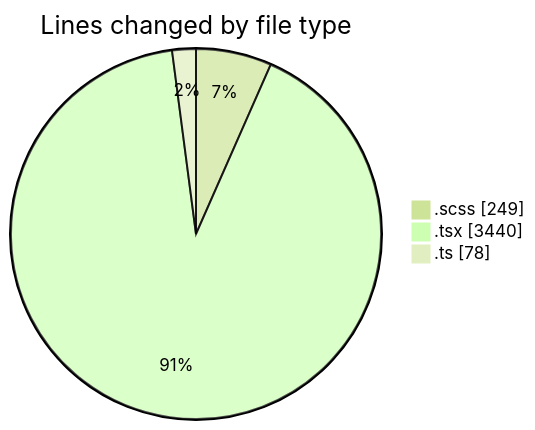
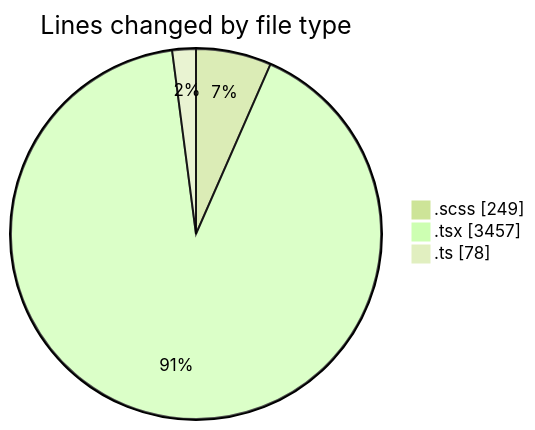
The first of 2 diagrams in 2025-09-26/cda/README.md (momahboobian/code-tracking), drawn with Mermaid (forest theme) before and after one commit. The commit also changed other lines of this file and 1 other file, not shown here.

````diff
--- a/2025-09-26/cda/README.md
+++ b/2025-09-26/cda/README.md
@@ -24,7 +24,7 @@
 ```mermaid
 pie showData
 title Lines changed by file type
 ".scss" : 249
-".tsx" : 3440
+".tsx" : 3457
 ".ts" : 78
 ```
````
